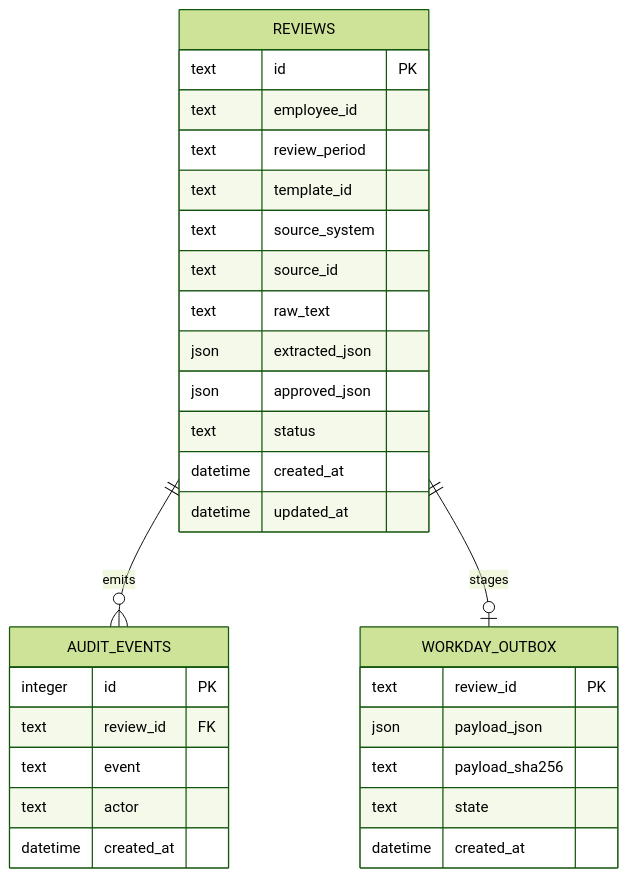
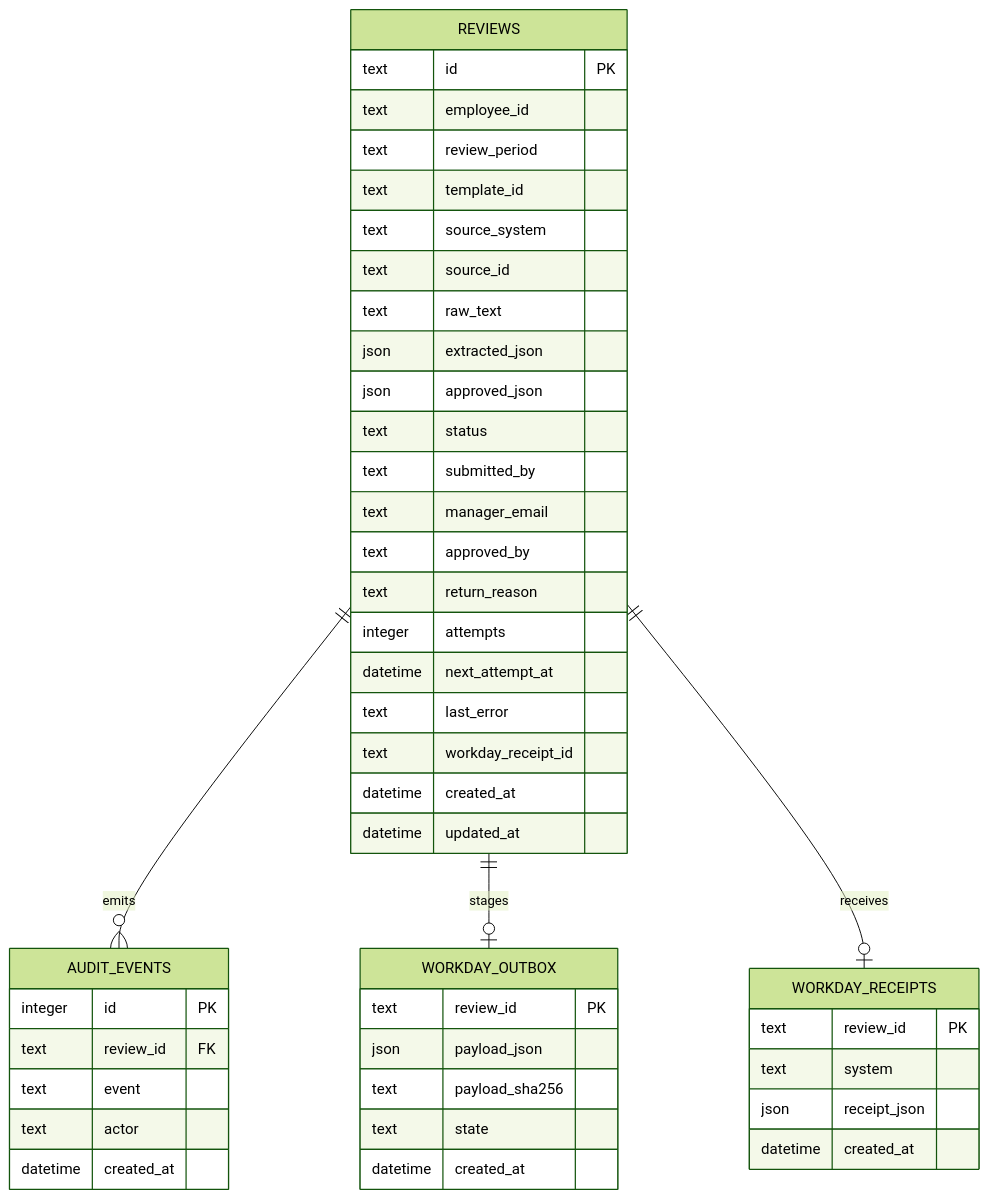
One commit to vas1916/reviewflow-rust-poc changed the second of 5 diagrams in docs/ARCHITECTURE.md. Above: the diagram before and after it, drawn with Mermaid (forest theme). The commit also changed other lines of this file and 39 other files, not shown here.

First line of the commit message:
Add Teams intake, review agent, Entra sign-in and Workday SOAP adapter

````diff
--- a/docs/ARCHITECTURE.md
+++ b/docs/ARCHITECTURE.md
@@ -87,33 +96,48 @@
 ```mermaid
 erDiagram
   REVIEWS ||--o{ AUDIT_EVENTS : emits
   REVIEWS ||--o| WORKDAY_OUTBOX : stages
+  REVIEWS ||--o| WORKDAY_RECEIPTS : receives
   REVIEWS {
     text id PK
     text employee_id
     text review_period
     text template_id
     text source_system
     text source_id
     text raw_text
     json extracted_json
     json approved_json
     text status
+    text submitted_by
+    text manager_email
+    text approved_by
+    text return_reason
+    integer attempts
+    datetime next_attempt_at
+    text last_error
+    text workday_receipt_id
     datetime created_at
     datetime updated_at
   }
   AUDIT_EVENTS {
     integer id PK
     text review_id FK
     text event
     text actor
     datetime created_at
   }
   WORKDAY_OUTBOX {
     text review_id PK
     json payload_json
     text payload_sha256
     text state
     datetime created_at
   }
+  WORKDAY_RECEIPTS {
+    text review_id PK
+    text system
+    json receipt_json
+    datetime created_at
+  }
 ```
````
